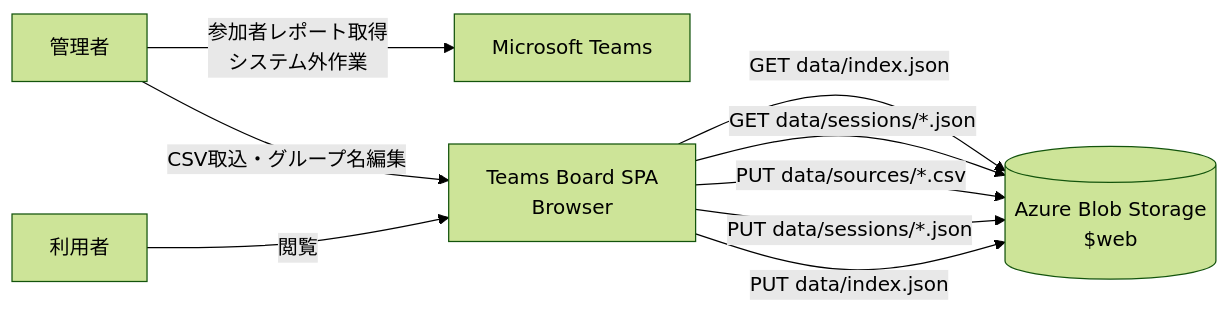
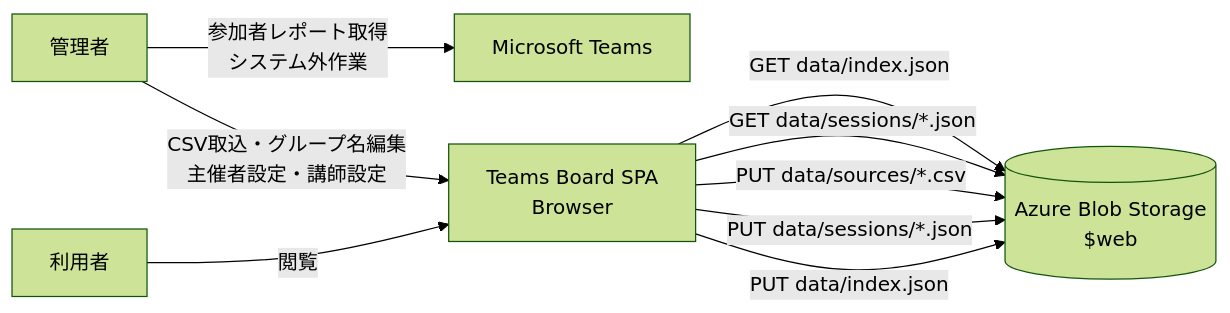
One commit to nuitsjp/teams-board changed the first of 3 diagrams in docs/architecture.md. Above: the diagram before and after it, drawn with Mermaid (forest theme). The commit also changed other lines of this file and 6 other files, not shown here.

````diff
--- a/docs/architecture.md
+++ b/docs/architecture.md
@@ -27,17 +27,17 @@
 ```mermaid
 graph LR
     Admin[管理者]
     User[利用者]
     Teams[Microsoft Teams]
     SPA[Teams Board SPA<br/>Browser]
     Blob[(Azure Blob Storage<br/>$web)]
 
     Admin -->|参加者レポート取得<br/>システム外作業| Teams
-    Admin -->|CSV取込・グループ名編集| SPA
+    Admin -->|CSV取込・グループ名編集<br/>主催者設定・講師設定| SPA
     User -->|閲覧| SPA
     SPA -->|GET data/index.json| Blob
     SPA -->|GET data/sessions/*.json| Blob
     SPA -->|PUT data/sources/*.csv| Blob
     SPA -->|PUT data/sessions/*.json| Blob
     SPA -->|PUT data/index.json| Blob
 ```
````
